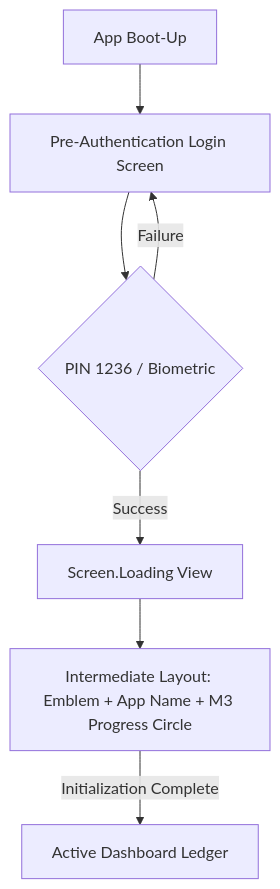
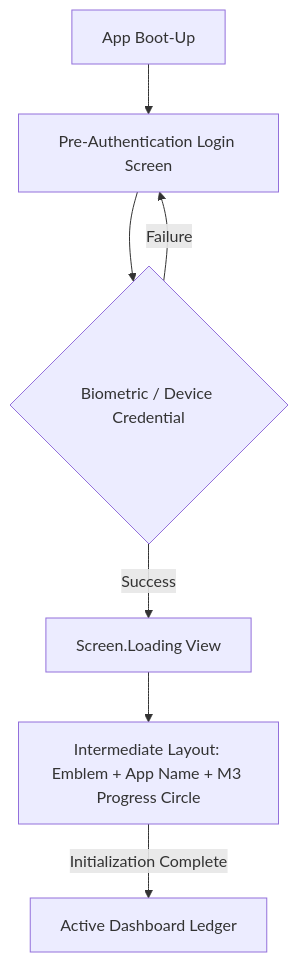
One commit to KVCrisostomo/FinancialMatrix changed the first of 2 diagrams in FinancialMatrix/ARCHITECTURE.md. Above: the diagram before and after it, drawn with Mermaid. The commit also changed other lines of this file and 26 other files, not shown here.

Commit message:
Architectural Sign-off: Remediation of storage policy, test stability, and lint quality gates for beta-0.1.0 release.

````diff
--- a/FinancialMatrix/ARCHITECTURE.md
+++ b/FinancialMatrix/ARCHITECTURE.md
@@ -74,9 +75,9 @@
 ```mermaid
 graph TD
     Start[App Boot-Up] --> Login[Pre-Authentication Login Screen]
-    Login --> Auth{PIN 1236 / Biometric}
+    Login --> Auth{Biometric / Device Credential}
     Auth -- Failure --> Login
     Auth -- Success --> LoadingContainer[Screen.Loading View]
     LoadingContainer --> UI[Intermediate Layout: Emblem + App Name + M3 Progress Circle]
     UI -- Initialization Complete --> Dashboard[Active Dashboard Ledger]
 ```
````
